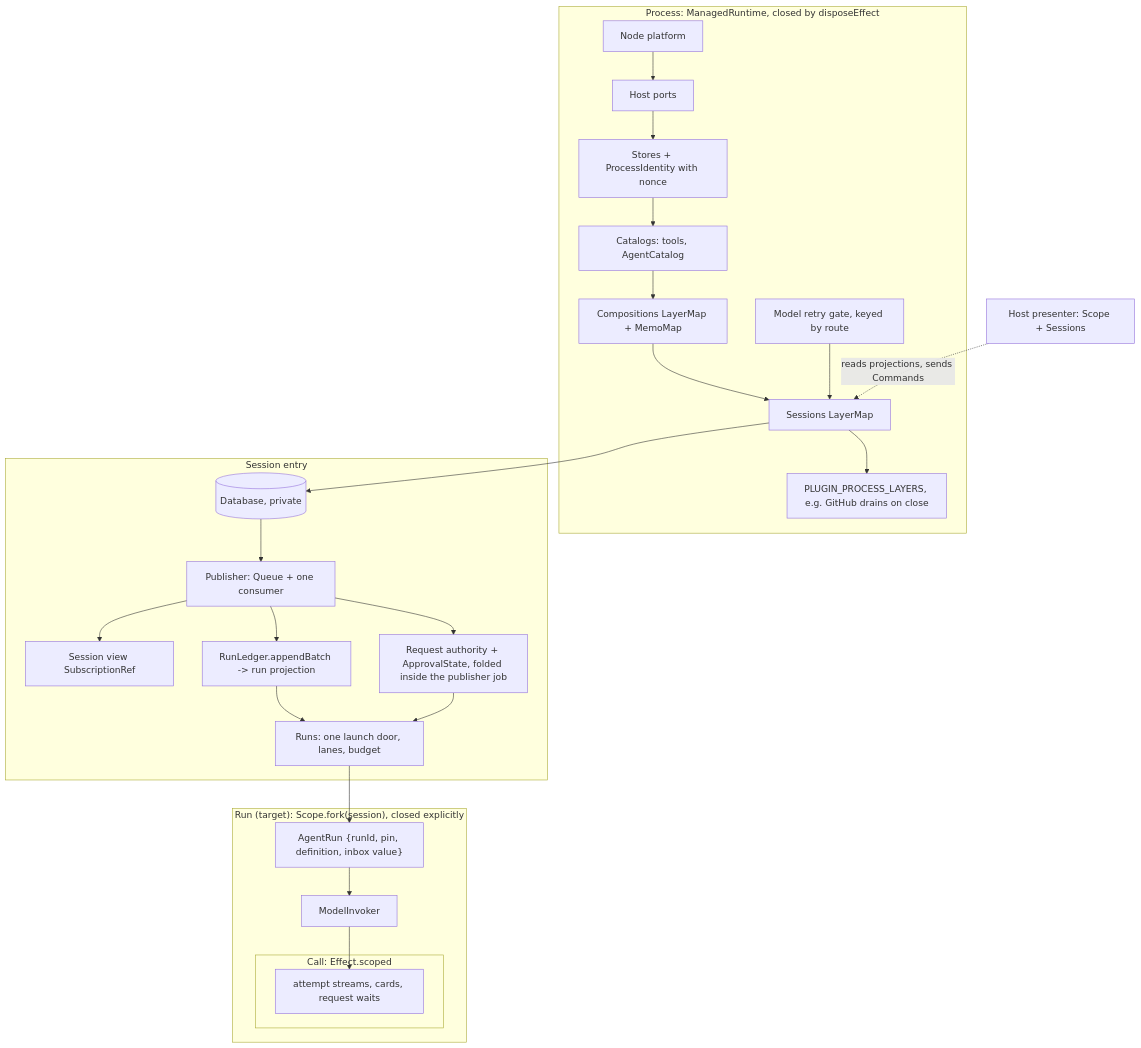
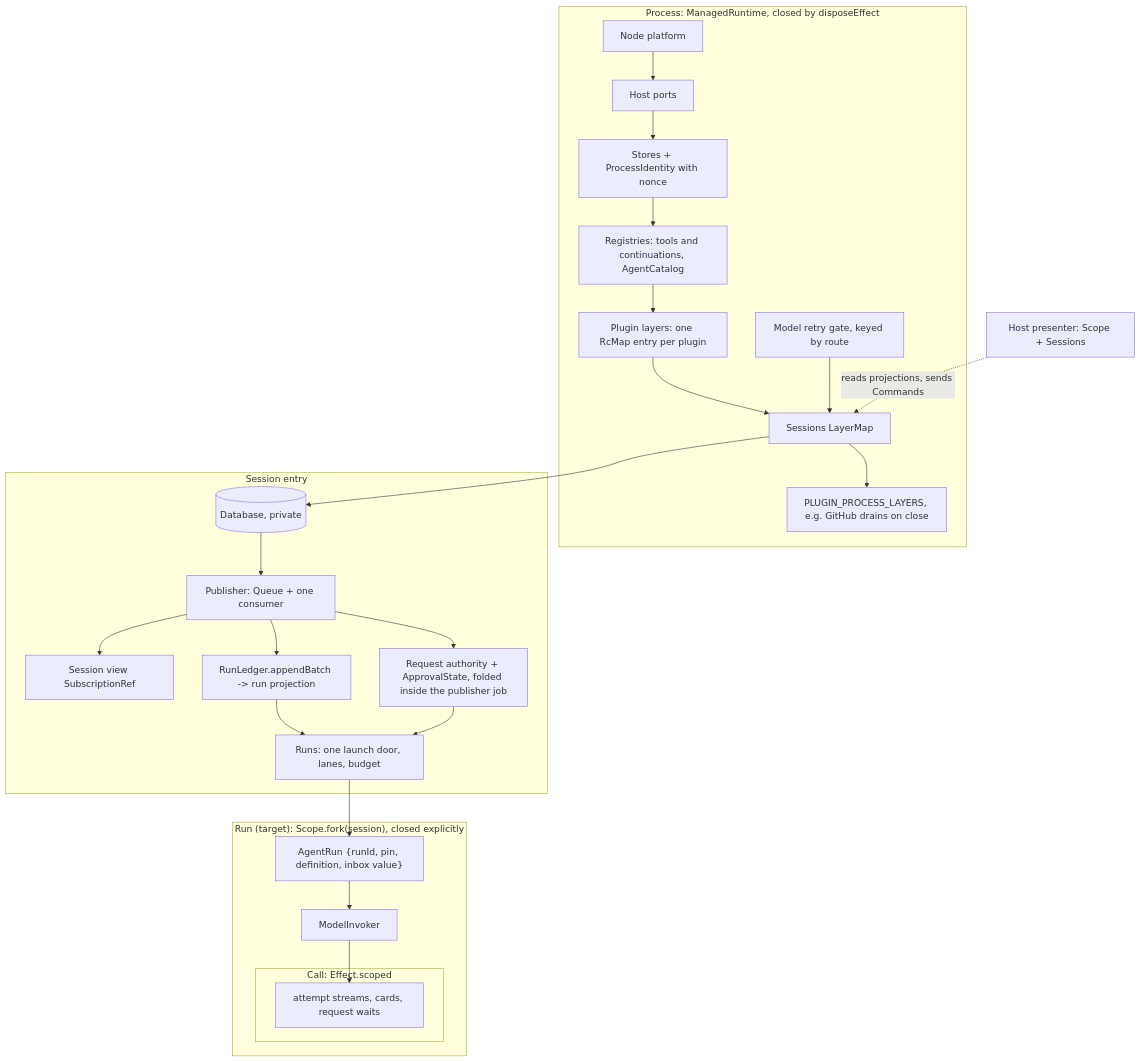
One commit to LionSR/TeXRA changed the diagram in .agents/docs/proposed/architecture/2026-09-26-core-concepts.md. Above: the diagram before and after it, drawn with Mermaid. The commit also changed other lines of this file and 1 other file, not shown here.

First line of the commit message:
docs(architecture): fix stale spots the #13388 review found

````diff
--- a/.agents/docs/proposed/architecture/2026-09-26-core-concepts.md
+++ b/.agents/docs/proposed/architecture/2026-09-26-core-concepts.md
@@ -432,29 +447,29 @@
 ```mermaid
 graph TD
   subgraph Process["Process: ManagedRuntime, closed by disposeEffect"]
     NP[Node platform] --> HP[Host ports] --> ST[Stores + ProcessIdentity with nonce]
-    ST --> CAT[Catalogs: tools, AgentCatalog]
-    CAT --> CMP[Compositions LayerMap + MemoMap]
-    CMP --> SES[Sessions LayerMap]
+    ST --> CAT[Registries: tools and continuations, AgentCatalog]
+    CAT --> PLY[Plugin layers: one RcMap entry per plugin]
+    PLY --> SES[Sessions LayerMap]
     RG[Model retry gate, keyed by route] --> SES
     SES --> PPL[PLUGIN_PROCESS_LAYERS, e.g. GitHub drains on close]
   end
   subgraph Session["Session entry"]
     DB[(Database, private)] --> PUB[Publisher: Queue + one consumer]
     PUB --> VIEW[Session view SubscriptionRef]
     PUB --> LED[RunLedger.appendBatch -> run projection]
     PUB --> REQ[Request authority + ApprovalState, folded inside the publisher job]
     LED --> RUNS[Runs: one launch door, lanes, budget]
     REQ --> RUNS
   end
   SES --> DB
   subgraph Run["Run (target): Scope.fork(session), closed explicitly"]
     AR["AgentRun {runId, pin, definition, inbox value}"] --> MI[ModelInvoker]
     subgraph Call["Call: Effect.scoped"]
       C1[attempt streams, cards, request waits]
     end
     MI --> C1
   end
   RUNS --> AR
   HOST["Host presenter: Scope + Sessions"] -. reads projections, sends Commands .-> SES
 ```
````
